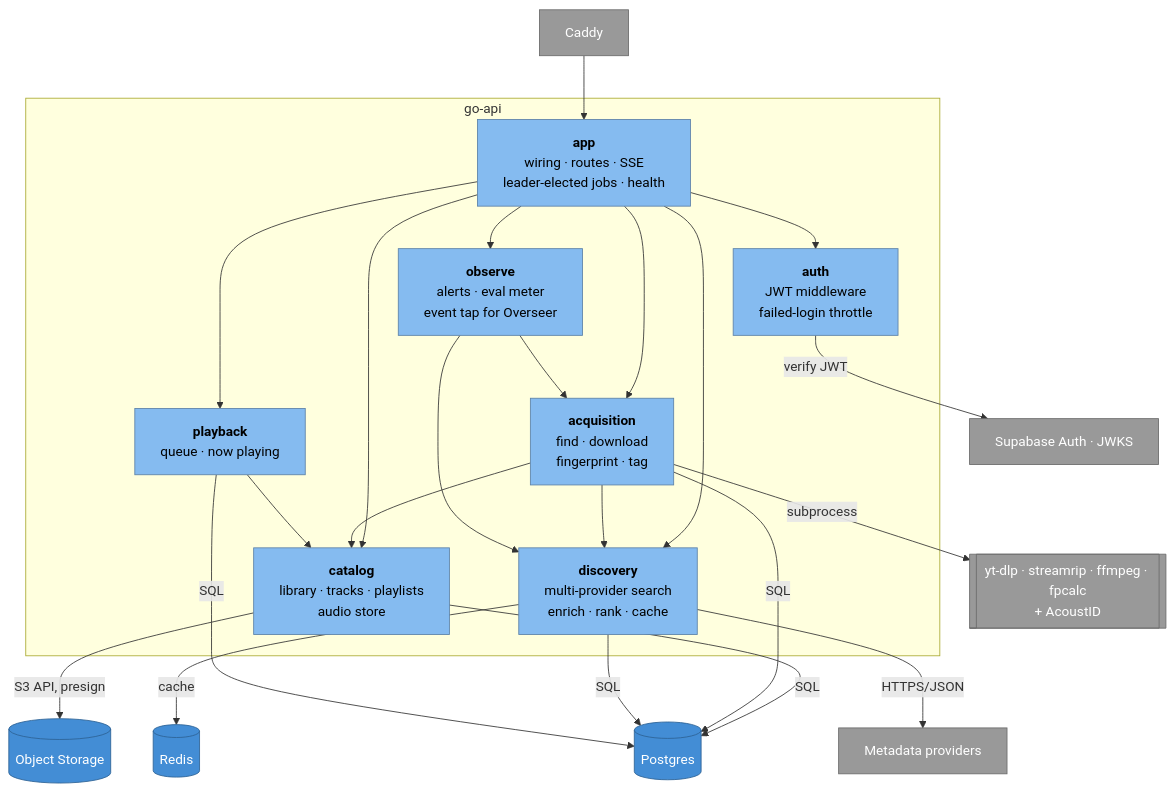
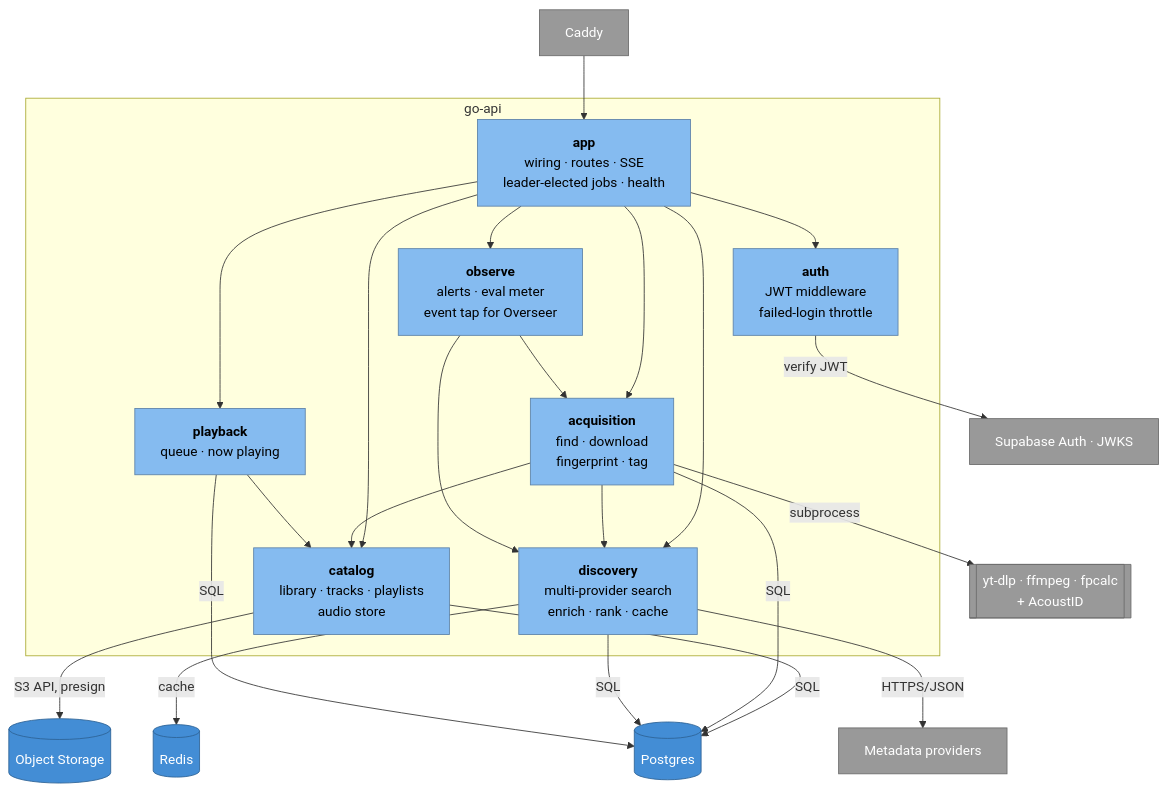
The third of 3 diagrams in docs/diagrams/system.md (aleburrascano/altune), drawn with Mermaid before and after one commit. The commit also changed other lines of this file and 28 other files, not shown here.

````diff
--- a/docs/diagrams/system.md
+++ b/docs/diagrams/system.md
@@ -108,46 +108,46 @@
 ```mermaid
 flowchart TD
     caddy["Caddy"]
 
     subgraph goapi [go-api]
         app["<b>app</b><br/>wiring · routes · SSE<br/>leader-elected jobs · health"]
         auth["<b>auth</b><br/>JWT middleware<br/>failed-login throttle"]
         catalog["<b>catalog</b><br/>library · tracks · playlists<br/>audio store"]
         acquisition["<b>acquisition</b><br/>find · download<br/>fingerprint · tag"]
         discovery["<b>discovery</b><br/>multi-provider search<br/>enrich · rank · cache"]
         playback["<b>playback</b><br/>queue · now playing"]
         observe["<b>observe</b><br/>alerts · eval meter<br/>event tap for Overseer"]
     end
 
     pg[("Postgres")]
     redis[("Redis")]
     bucket[("Object Storage")]
     jwks["Supabase Auth · JWKS"]
     providers["Metadata providers"]
-    tools[["yt-dlp · streamrip · ffmpeg · fpcalc<br/>+ AcoustID"]]
+    tools[["yt-dlp · ffmpeg · fpcalc<br/>+ AcoustID"]]
 
     caddy --> app
     app --> auth & catalog & acquisition & discovery & playback & observe
     acquisition --> catalog
     acquisition --> discovery
     playback --> catalog
     observe --> acquisition
     observe --> discovery
 
     auth -->|verify JWT| jwks
     catalog -->|SQL| pg
     catalog -->|S3 API, presign| bucket
     acquisition -->|SQL| pg
     acquisition -->|subprocess| tools
     discovery -->|SQL| pg
     discovery -->|cache| redis
     discovery -->|HTTPS/JSON| providers
     playback -->|SQL| pg
 
     classDef component fill:#85bbf0,color:#000,stroke:#5d82a8
     classDef store fill:#438dd5,color:#fff,stroke:#2e6295
     classDef external fill:#999,color:#fff,stroke:#6b6b6b
     class app,auth,catalog,acquisition,discovery,playback,observe component
     class pg,redis,bucket store
     class caddy,jwks,providers,tools external
 ```
````
